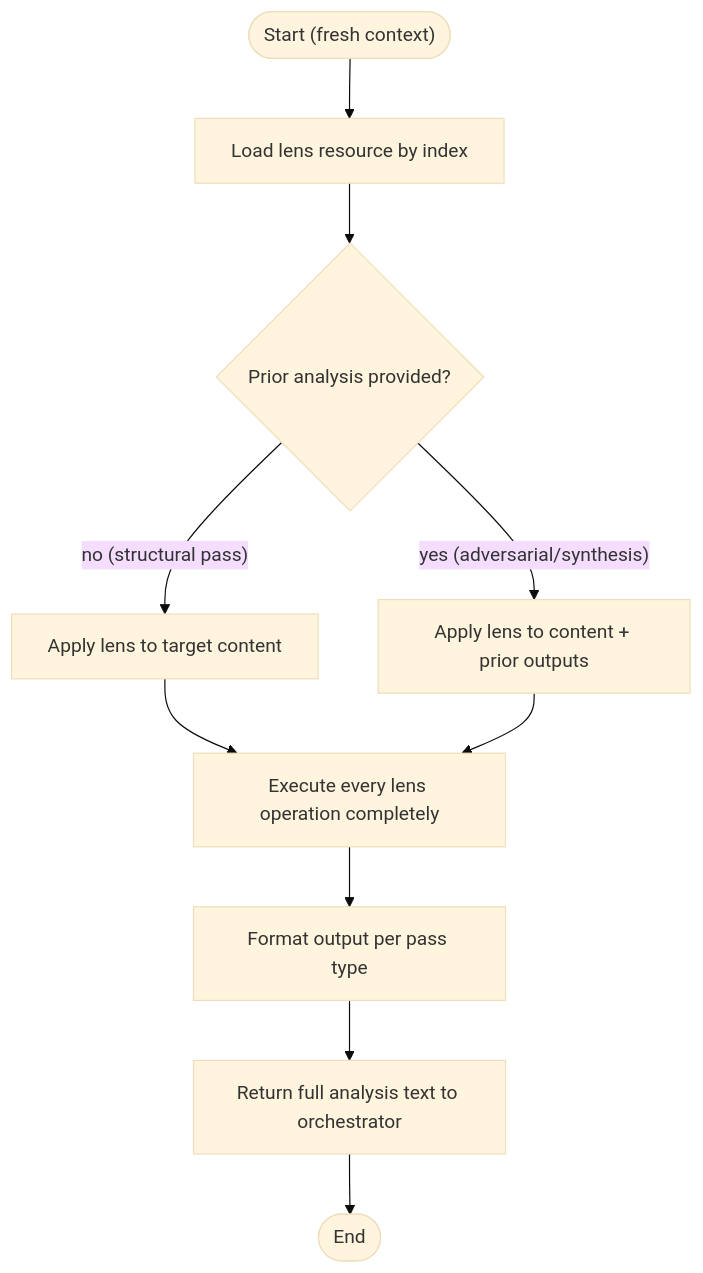
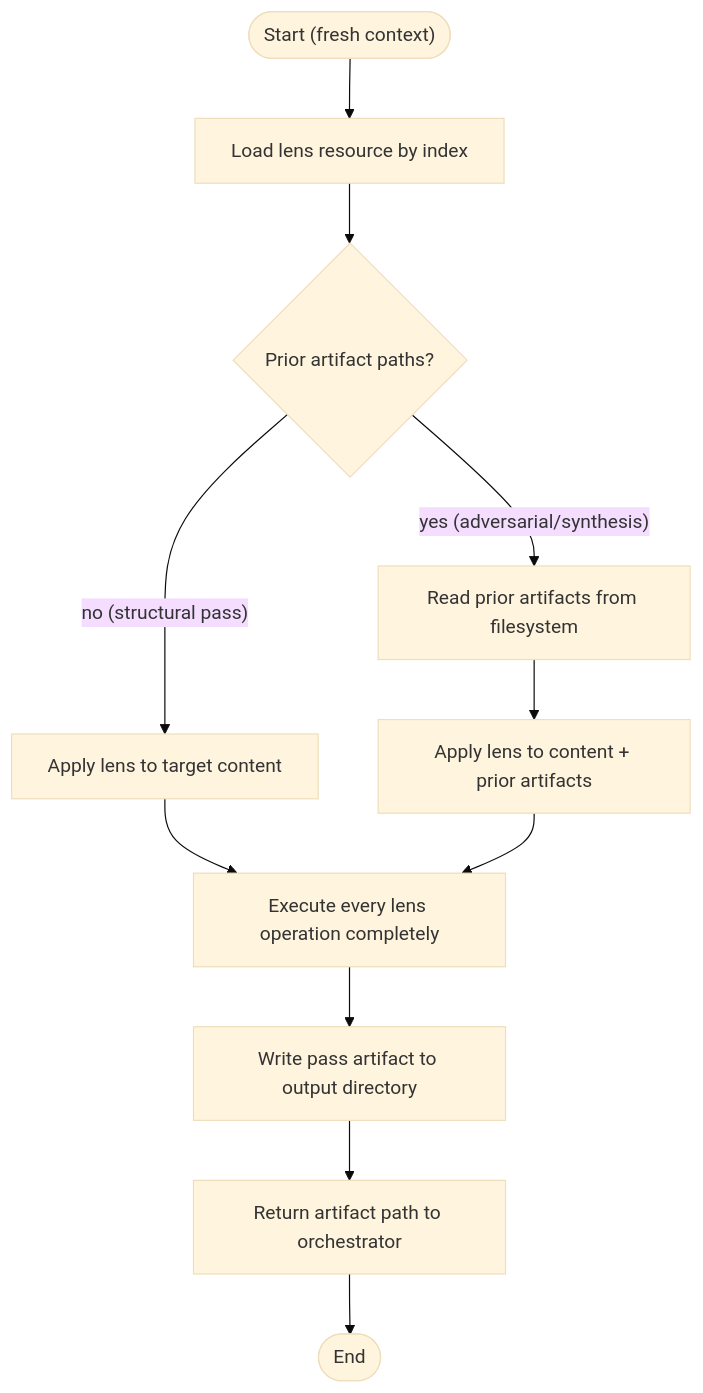
The second of 5 diagrams in prism/skills/README.md (m2ux/workflow-server), drawn with Mermaid (base theme) before and after one commit. The commit also changed other lines of this file and 1 other file, not shown here.

First line of the commit message:
docs(prism): rewrite workflow and skills READMEs for current architecture

````diff
--- a/prism/skills/README.md
+++ b/prism/skills/README.md
@@ -66,12 +66,13 @@
 ```mermaid
 graph TD
     startNode(["Start (fresh context)"]) --> loadLens["Load lens resource by index"]
-    loadLens --> checkPrior{"Prior analysis provided?"}
+    loadLens --> checkPrior{"Prior artifact paths?"}
     checkPrior -->|"no (structural pass)"| applyDirect["Apply lens to target content"]
-    checkPrior -->|"yes (adversarial/synthesis)"| applyWithContext["Apply lens to content + prior outputs"]
+    checkPrior -->|"yes (adversarial/synthesis)"| readArtifacts["Read prior artifacts from filesystem"]
+    readArtifacts --> applyWithContext["Apply lens to content + prior artifacts"]
     applyDirect --> executeAll["Execute every lens operation completely"]
     applyWithContext --> executeAll
-    executeAll --> formatPass["Format output per pass type"]
-    formatPass --> returnText["Return full analysis text to orchestrator"]
-    returnText --> endNode(["End"])
+    executeAll --> writeArtifact["Write pass artifact to output directory"]
+    writeArtifact --> returnPath["Return artifact path to orchestrator"]
+    returnPath --> endNode(["End"])
 ```
````
